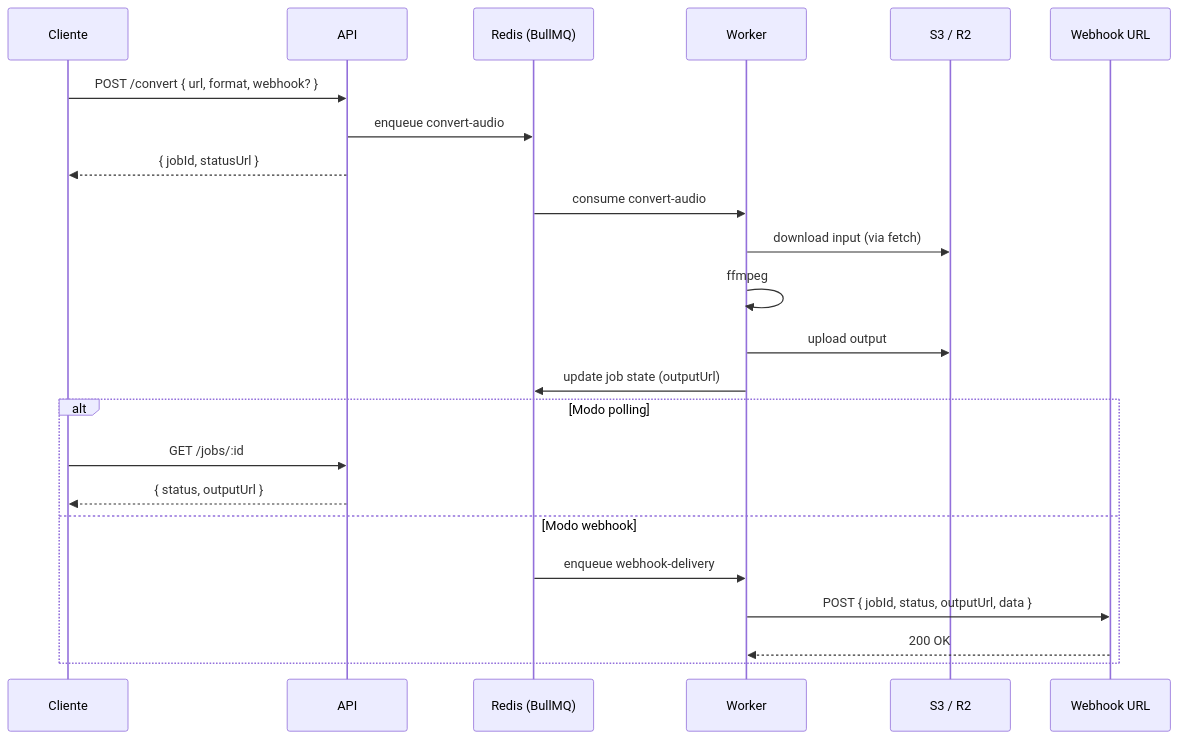
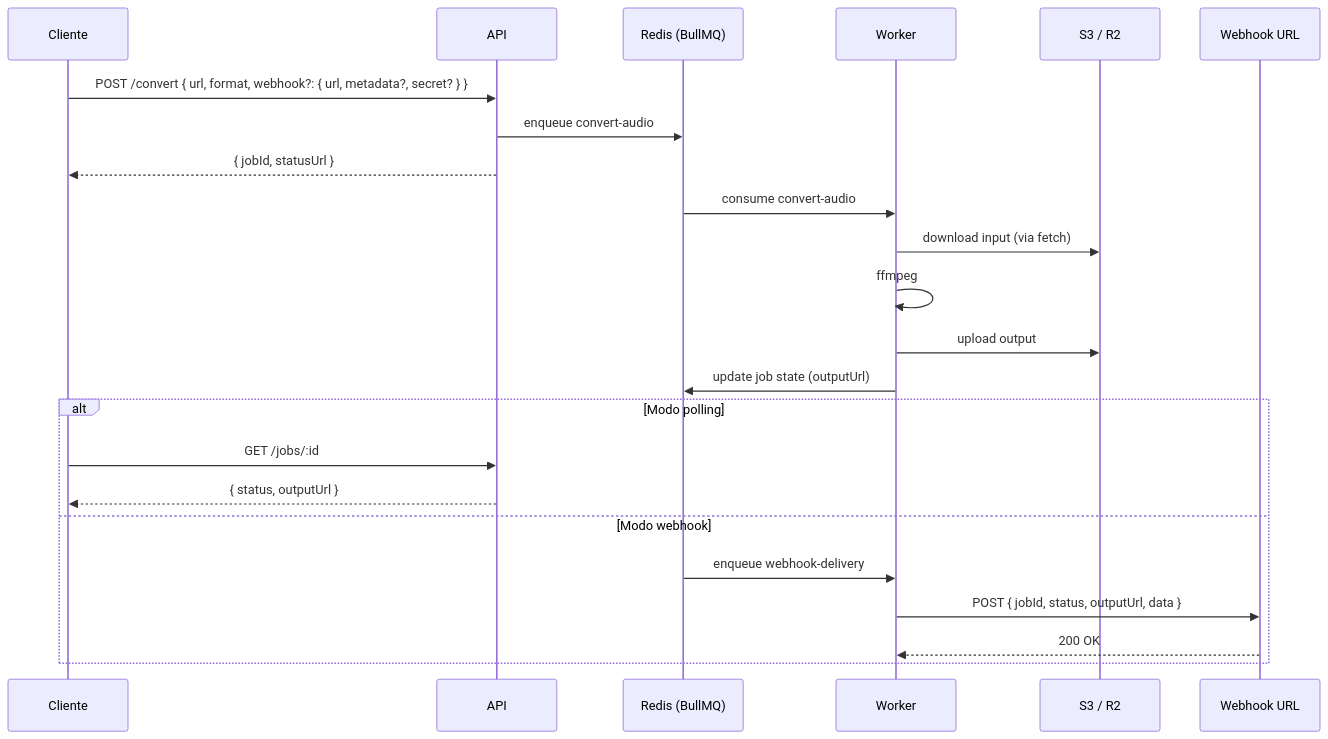
One commit to Maarcosv99/ffmpeg-rest changed the first of 2 diagrams in docs/ARCHITECTURE.md. Above: the diagram before and after it, drawn with Mermaid. The commit also changed 8 other files, not shown here.

````diff
--- a/docs/ARCHITECTURE.md
+++ b/docs/ARCHITECTURE.md
@@ -9,27 +9,27 @@
 ```mermaid
 sequenceDiagram
   participant C as Cliente
   participant A as API
   participant Q as Redis (BullMQ)
   participant W as Worker
   participant S as S3 / R2
   participant H as Webhook URL
 
-  C->>A: POST /convert { url, format, webhook? }
+  C->>A: POST /convert { url, format, webhook?: { url, metadata?, secret? } }
   A->>Q: enqueue convert-audio
   A-->>C: { jobId, statusUrl }
   Q->>W: consume convert-audio
   W->>S: download input (via fetch)
   W->>W: ffmpeg
   W->>S: upload output
   W->>Q: update job state (outputUrl)
 
   alt Modo polling
     C->>A: GET /jobs/:id
     A-->>C: { status, outputUrl }
   else Modo webhook
     Q->>W: enqueue webhook-delivery
     W->>H: POST { jobId, status, outputUrl, data }
     H-->>W: 200 OK
   end
 ```
````
